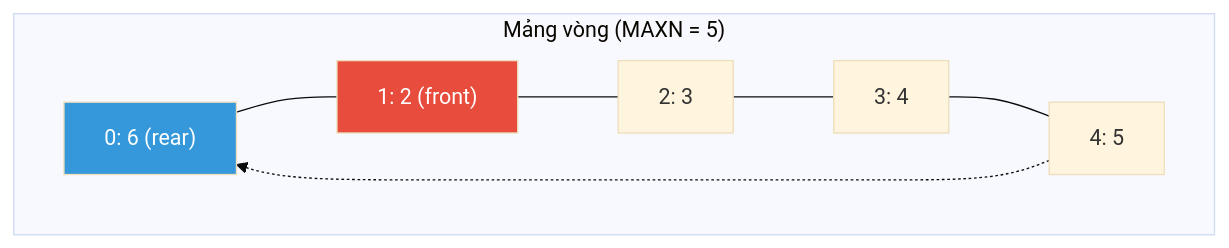
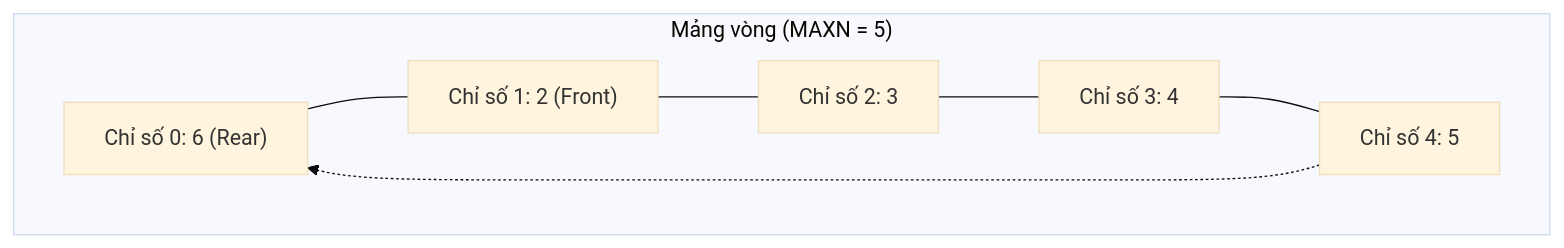
The second of 3 diagrams in docs/lessons/queue.md (FPTOJ-OJ/fptoj_wiki), drawn with Mermaid (base theme) before and after one commit. The commit also changed other lines of this file and 18 other files, not shown here.

First line of the commit message:
fix: LaTeX errors, mermaid theme switching, remove custom colors

````diff
--- a/docs/lessons/queue.md
+++ b/docs/lessons/queue.md
@@ -83,9 +55,7 @@
 ```mermaid
 graph TB
     subgraph "Mảng vòng (MAXN = 5)"
-        I0["0: 6 (rear)"] --- I1["1: 2 (front)"] --- I2["2: 3"] --- I3["3: 4"] --- I4["4: 5"]
+        I0["Chỉ số 0: 6 (Rear)"] --- I1["Chỉ số 1: 2 (Front)"] --- I2["Chỉ số 2: 3"] --- I3["Chỉ số 3: 4"] --- I4["Chỉ số 4: 5"]
     end
     I4 -.-> I0
-    style I0 fill:#3498db,color:#fff
-    style I1 fill:#e74c3c,color:#fff
 ```
````
